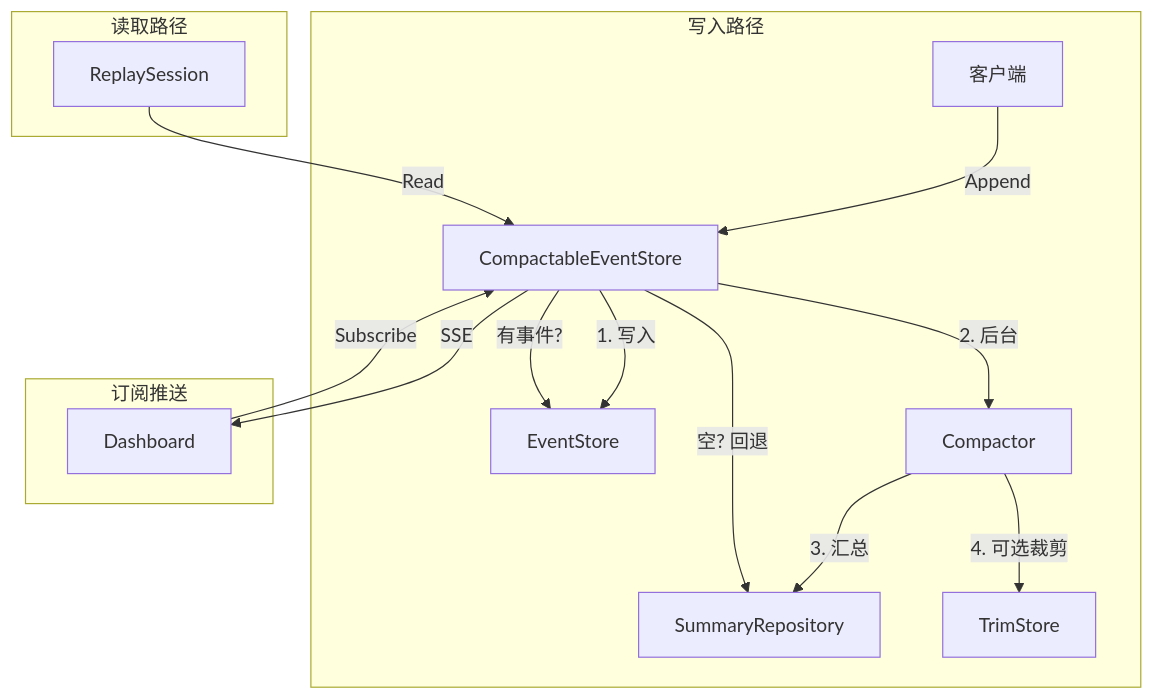
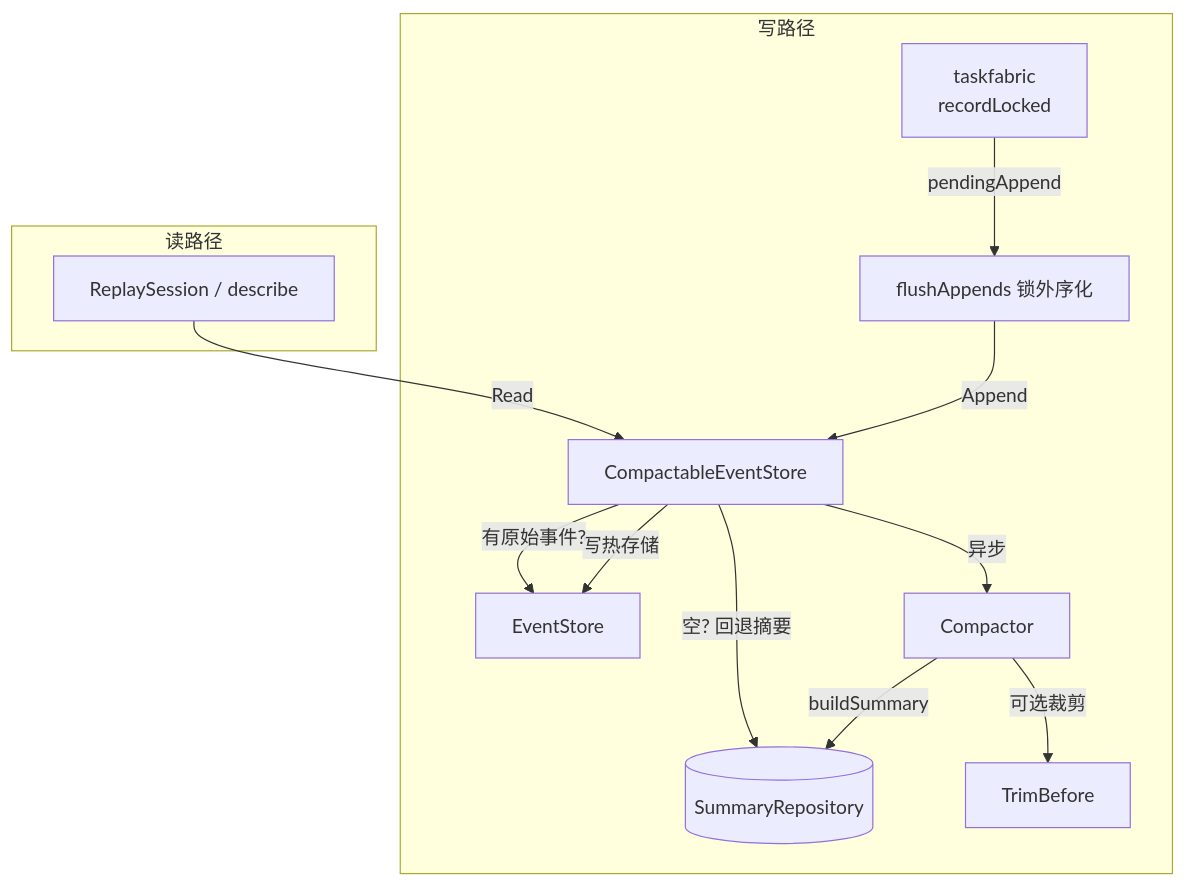
One commit to Timwood0x10/ARES changed the sixth of 6 diagrams in docs/articles/zh/08-event-system-deep-dive.md. Above: the diagram before and after it, drawn with Mermaid. The commit also changed other lines of this file and 2423 other files, not shown here.

````diff
--- a/docs/articles/zh/08-event-system-deep-dive.md
+++ b/docs/articles/zh/08-event-system-deep-dive.md
@@ -375,21 +387,17 @@
 ```mermaid
 graph TB
-    subgraph "写入路径"
-        C[客户端] -->|Append| CES[CompactableEventStore]
-        CES -->|1. 写入| ES[EventStore]
-        CES -->|2. 后台| CP[Compactor]
-        CP -->|3. 汇总| SR[SummaryRepository]
-        CP -->|4. 可选裁剪| TS[TrimStore]
+    subgraph "写路径"
+        F[taskfabric\nrecordLocked] -->|pendingAppend| FE[flushAppends 锁外序化]
+        FE -->|Append| CES[CompactableEventStore]
+        CES -->|写热存储| ES[EventStore]
+        CES -->|异步| CP[Compactor]
+        CP -->|buildSummary| SR[(SummaryRepository)]
+        CP -->|可选裁剪| TS[TrimBefore]
     end
 
-    subgraph "读取路径"
-        RS[ReplaySession] -->|Read| CES
-        CES -->|有事件?| ES
-        CES -->|空? 回退| SR
-    end
-
-    subgraph "订阅推送"
-        DV[Dashboard] -->|Subscribe| CES
-        CES -->|SSE| DV
+    subgraph "读路径"
+        FL[ReplaySession / describe] -->|Read| CES
+        CES -->|有原始事件?| ES
+        CES -->|空? 回退摘要| SR
     end
 ```
````
